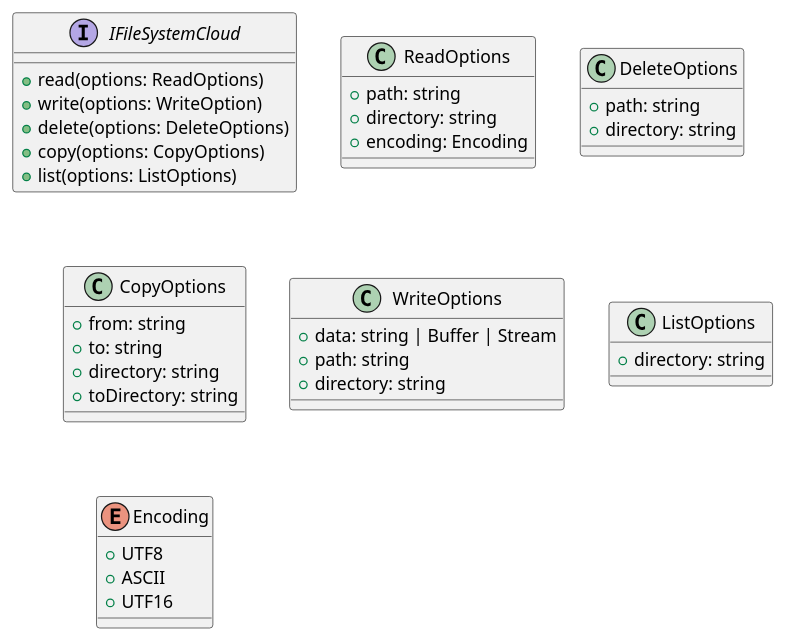
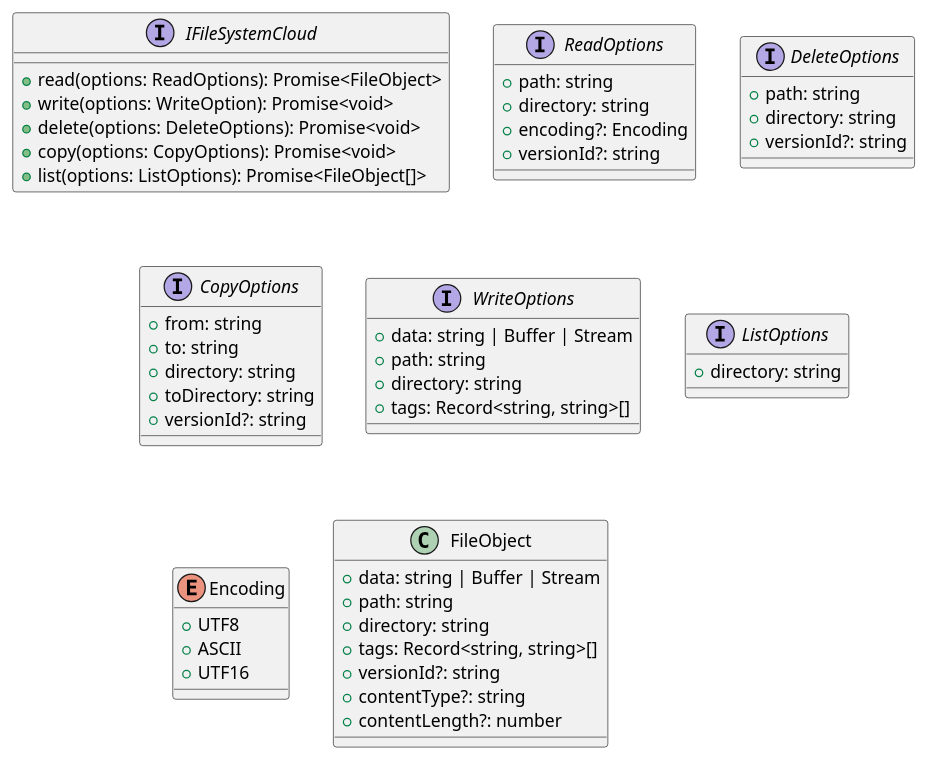
The diagram in documents/CLASS-DIAGRAM.md (chantharamanee-prat/fsc), drawn with PlantUML before and after one commit. The commit also changed other lines of this file and 1 other file, not shown here.

Commit message:
chore: Updating class diagram.

```diff
--- a/documents/CLASS-DIAGRAM.md
+++ b/documents/CLASS-DIAGRAM.md
@@ -4,44 +4,58 @@
 @startuml classDiagram
 interface IFileSystemCloud {
- +read(options: ReadOptions)
- +write(options: WriteOption)
- +delete(options: DeleteOptions)
- +copy(options: CopyOptions)
- +list(options: ListOptions)
+ +read(options: ReadOptions): Promise<FileObject>
+ +write(options: WriteOption): Promise<void>
+ +delete(options: DeleteOptions): Promise<void>
+ +copy(options: CopyOptions): Promise<void>
+ +list(options: ListOptions): Promise<FileObject[]>
 }
 
-class ReadOptions {
+interface ReadOptions {
  +path: string
  +directory: string
- +encoding: Encoding
+ +encoding?: Encoding
+ +versionId?: string
 }
 
-class DeleteOptions {
+interface DeleteOptions {
  +path: string
  +directory: string
+ +versionId?: string
 }
 
-class CopyOptions {
+interface CopyOptions {
  +from: string
  +to: string
  +directory: string
  +toDirectory: string
+ +versionId?: string
 }
 
-class WriteOptions {
+interface WriteOptions {
  +data: string | Buffer | Stream
  +path: string
  +directory: string
+ +tags: Record<string, string>[]
 }
 
-class ListOptions {
+interface ListOptions {
  +directory: string
 }
 
 enum Encoding {
  +UTF8
  +ASCII
  +UTF16
 }
 
+class FileObject {
+ +data: string | Buffer | Stream
+ +path: string
+ +directory: string
+ +tags: Record<string, string>[]
+ +versionId?: string
+ +contentType?: string
+ +contentLength?: number
+}
+
 @enduml
```
